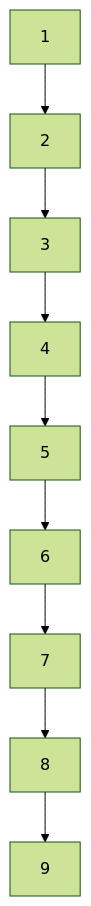
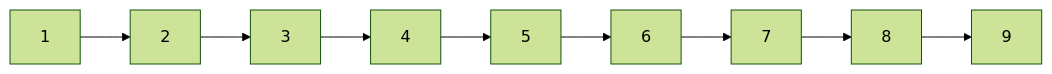
Before and after one commit to lwolynczuk/idmanager: the first of 2 diagrams in README.md, drawn with Mermaid (forest theme). The commit also changed other lines of this file, not shown here.

````diff
--- a/README.md
+++ b/README.md
@@ -19,11 +19,11 @@
 ```mermaid
-  graph TD;
+  graph LR;
       1-->2;
       2-->3;
       3-->4;
       4-->5;
       5-->6;
       6-->7;
       7-->8;
       8-->9;
 ```
````
